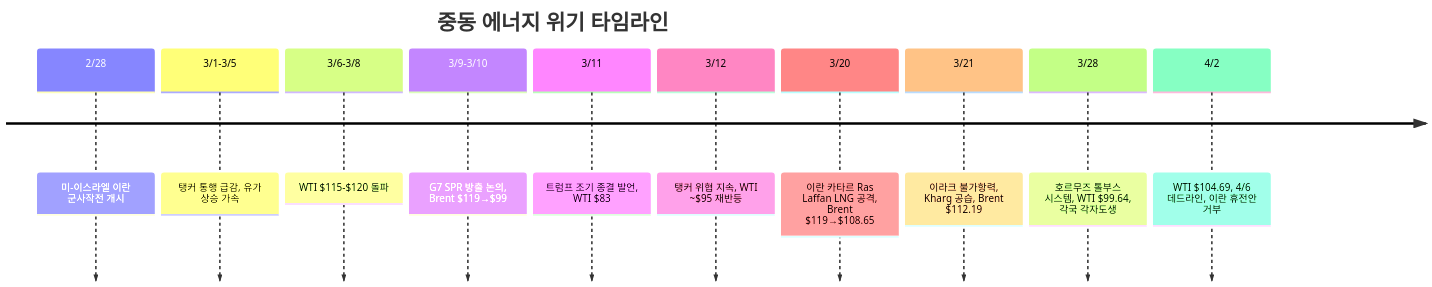
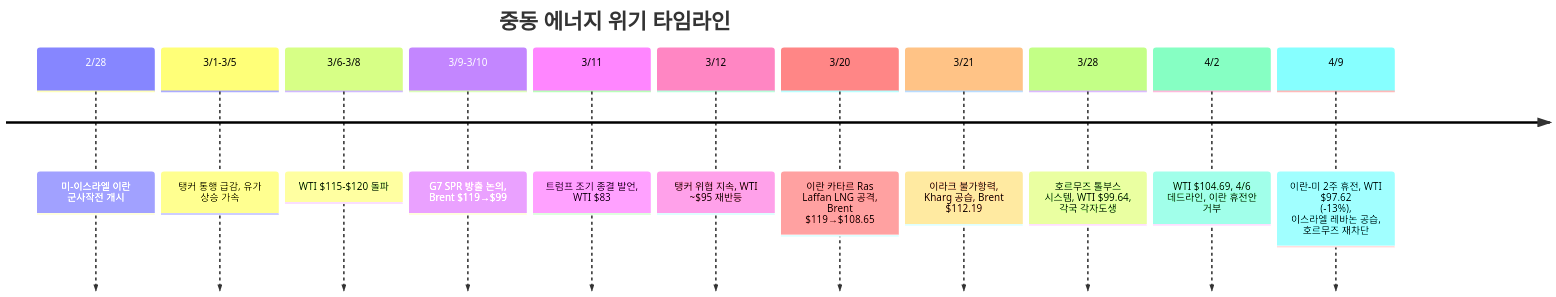
Before and after one commit to dss99911/dss99911.github.io: the second of 11 diagrams in _posts/knowledge/invest/2026-03-07-energy-sector-outlook-2026.md, drawn with Mermaid. The commit also changed other lines of this file and 2 other files, not shown here.

````diff
--- a/_posts/knowledge/invest/2026-03-07-energy-sector-outlook-2026.md
+++ b/_posts/knowledge/invest/2026-03-07-energy-sector-outlook-2026.md
@@ -112,14 +138,15 @@
 ```mermaid
 timeline
     title 중동 에너지 위기 타임라인
     2/28 : 미-이스라엘 이란 군사작전 개시
     3/1-3/5 : 탱커 통행 급감, 유가 상승 가속
     3/6-3/8 : WTI $115-$120 돌파
     3/9-3/10 : G7 SPR 방출 논의, Brent $119→$99
     3/11 : 트럼프 조기 종결 발언, WTI $83
     3/12 : 탱커 위협 지속, WTI ~$95 재반등
     3/20 : 이란 카타르 Ras Laffan LNG 공격, Brent $119→$108.65
     3/21 : 이라크 불가항력, Kharg 공습, Brent $112.19
     3/28 : 호르무즈 톨부스 시스템, WTI $99.64, 각국 각자도생
     4/2 : WTI $104.69, 4/6 데드라인, 이란 휴전안 거부
+    4/9 : 이란-미 2주 휴전, WTI $97.62 #40;-13%#41;, 이스라엘 레바논 공습, 호르무즈 재차단
 ```
````
